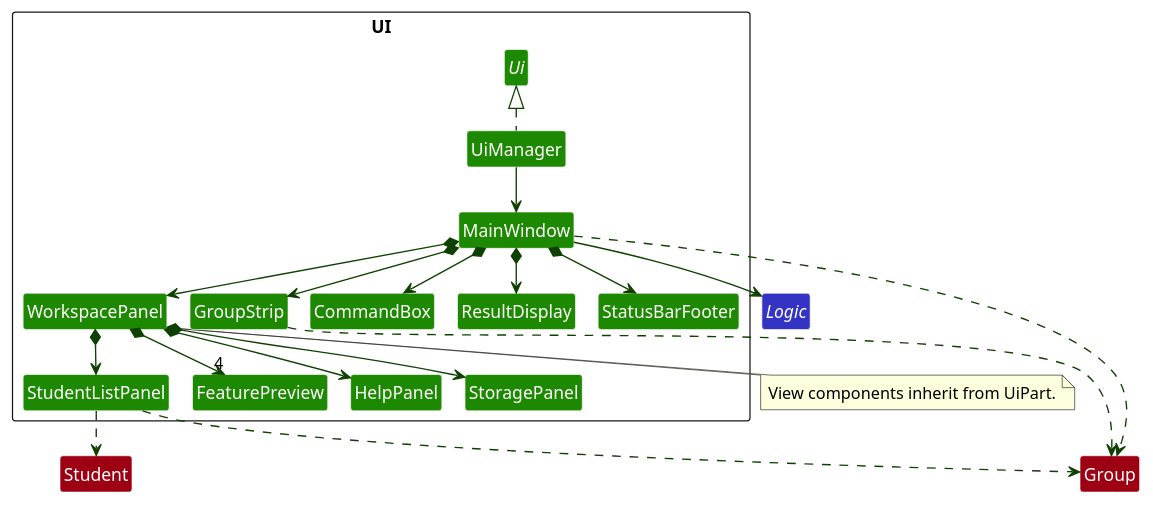
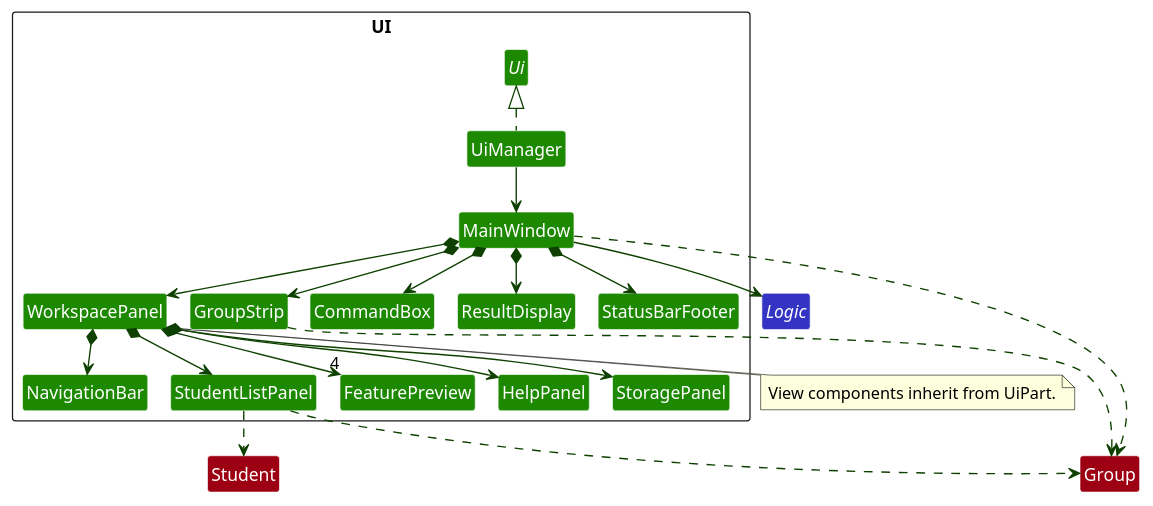
One commit to AY2627S1-CS2103T-T12-4/tp changed the diagram in docs/diagrams/UiClassDiagram.puml. Above: the diagram before and after it, drawn with PlantUML. The commit also changed 3 other files, not shown here.

```diff
--- a/docs/diagrams/UiClassDiagram.puml
+++ b/docs/diagrams/UiClassDiagram.puml
@@ -1,53 +1,55 @@
 @startuml
 !pragma layout smetana
 skinparam shadowing false
 skinparam packageStyle rectangle
 skinparam classBackgroundColor #1D8900
 skinparam classFontColor white
 skinparam classBorderColor white
 skinparam packageBackgroundColor white
 hide members
 hide circle
 skinparam arrowThickness 1.1
 skinparam arrowColor #0E4100
 
 package UI <<Rectangle>> {
 interface Ui
 class UiManager
 class MainWindow
 class GroupStrip
+class NavigationBar
 class WorkspacePanel
 class CommandBox
 class ResultDisplay
 class StatusBarFooter
 class StudentListPanel
 class FeaturePreview
 class HelpPanel
 class StoragePanel
 }
 
 UiManager .up.|> Ui
 UiManager --> MainWindow
 MainWindow *--> CommandBox
 MainWindow *--> ResultDisplay
 MainWindow *--> StatusBarFooter
 MainWindow *--> GroupStrip
 MainWindow *--> WorkspacePanel
+WorkspacePanel *--> NavigationBar
 WorkspacePanel *--> StudentListPanel
 WorkspacePanel *--> "4" FeaturePreview
 WorkspacePanel *--> HelpPanel
 WorkspacePanel *--> StoragePanel
 
 note bottom of WorkspacePanel
 View components inherit from UiPart.
 end note
 
 interface Logic #3333C4
 class Group #9D0012
 class Student #9D0012
 MainWindow --> Logic
 MainWindow ..> Group
 StudentListPanel ..> Group
 GroupStrip ..> Group
 StudentListPanel ..> Student
 @enduml
```
